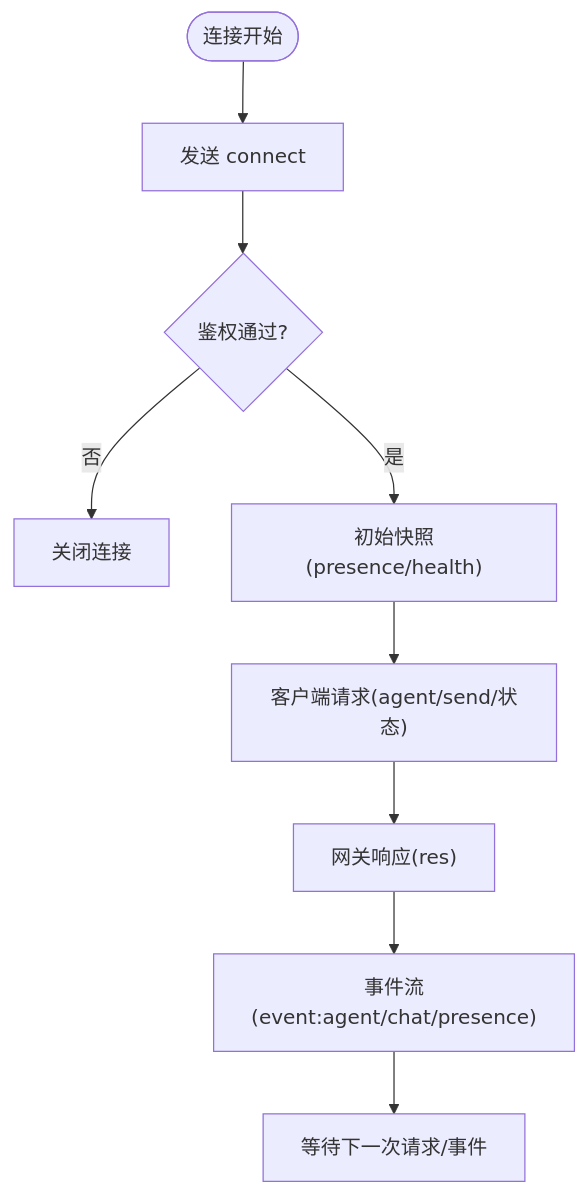
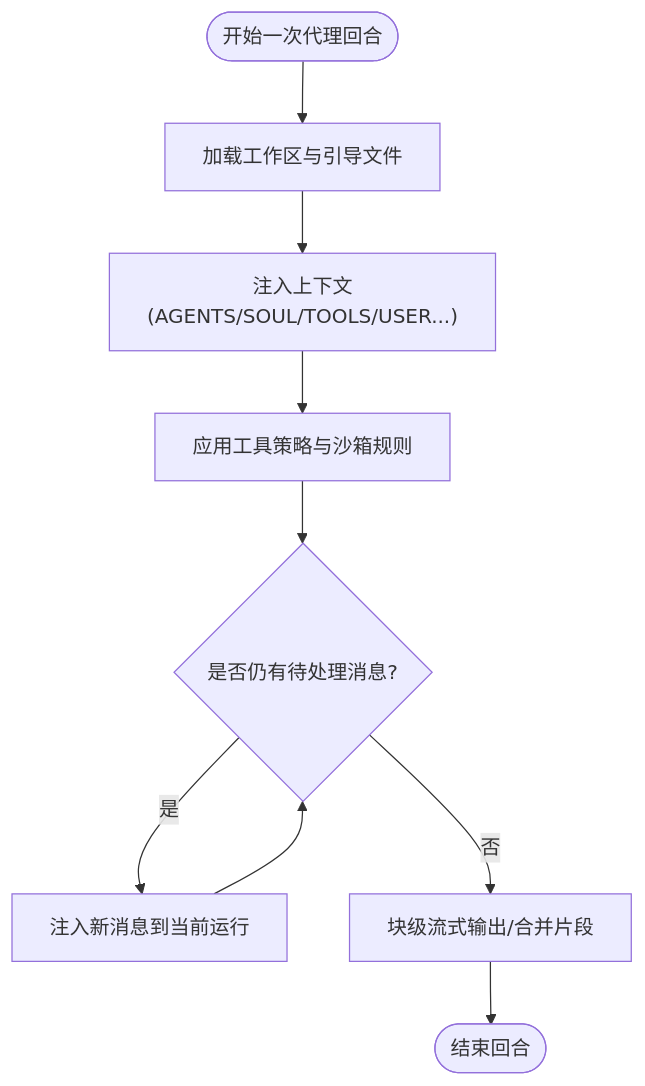
Before and after one commit to botx-work/OpenClaw-Internals: the fourth of 5 diagrams in repowiki/zh/content/项目概述/项目概述.md, drawn with Mermaid. The commit also changed other lines of this file and 542 other files, not shown here.

````diff
--- a/repowiki/zh/content/项目概述/项目概述.md
+++ b/repowiki/zh/content/项目概述/项目概述.md
@@ -149,11 +188,11 @@
 ```mermaid
 flowchart TD
-Start(["连接开始"]) --> Handshake["发送 connect"]
-Handshake --> Auth{"鉴权通过?"}
-Auth --> |否| Close["关闭连接"]
-Auth --> |是| Init["初始快照(presence/health)"]
-Init --> Req["客户端请求(agent/send/状态)"]
-Req --> Resp["网关响应(res)"]
-Resp --> Stream["事件流(event:agent/chat/presence)"]
-Stream --> Wait["等待下一次请求/事件"]
+Start(["开始一次代理回合"]) --> LoadWorkspace["加载工作区与引导文件"]
+LoadWorkspace --> InjectContext["注入上下文(AGENTS/SOUL/TOOLS/USER...)"]
+InjectContext --> ToolPolicy["应用工具策略与沙箱规则"]
+ToolPolicy --> RunLoop{"是否仍有待处理消息?"}
+RunLoop --> |是| InjectMsg["注入新消息到当前运行"]
+InjectMsg --> RunLoop
+RunLoop --> |否| StreamBlocks["块级流式输出/合并片段"]
+StreamBlocks --> End(["结束回合"])
 ```
````
